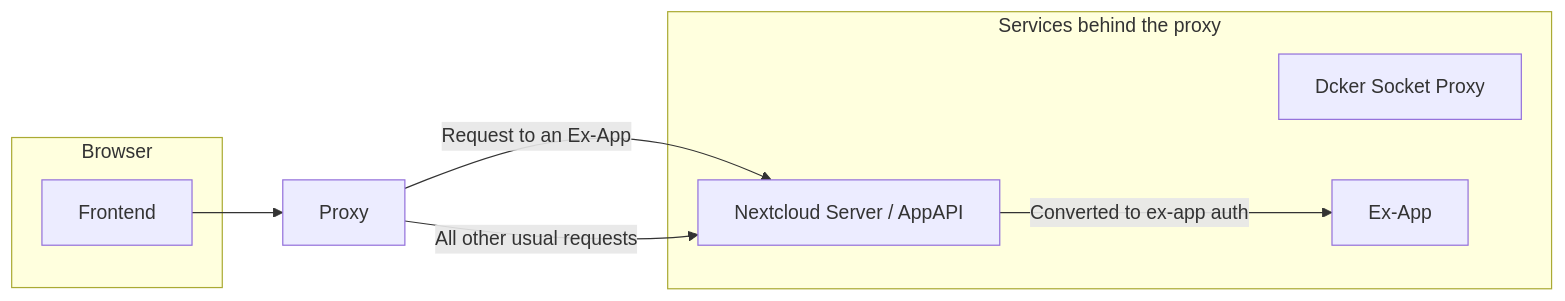
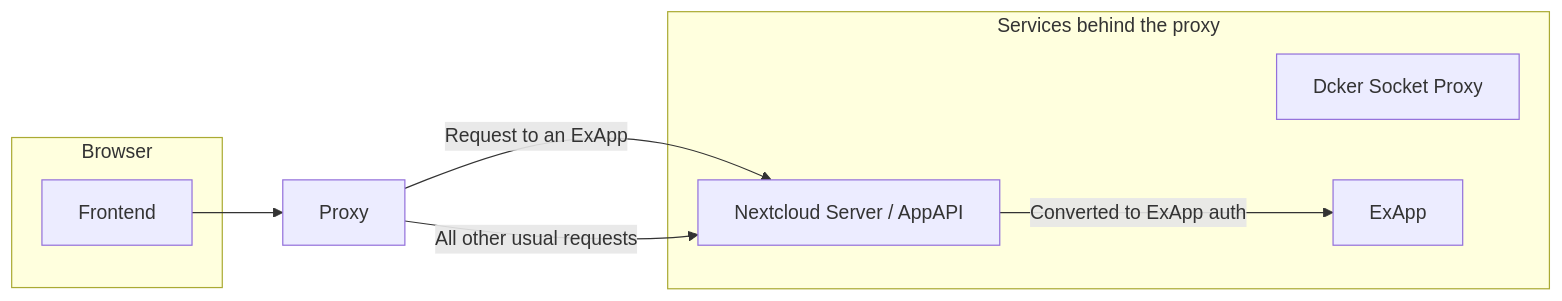
One commit to nextcloud/documentation changed the first of 2 diagrams in admin_manual/exapps_management/AppAPIAndExternalApps.rst. Above: the diagram before and after it, drawn with Mermaid. The commit also changed other lines of this file and 1 other file, not shown here.

Commit message:
fix: Ex-App -> ExApp

```diff
--- a/admin_manual/exapps_management/AppAPIAndExternalApps.rst
+++ b/admin_manual/exapps_management/AppAPIAndExternalApps.rst
@@ -122,18 +122,18 @@
 .. mermaid::
 
 	graph LR;
 		subgraph Browser
 			A[Frontend]
 		end
 
 		B[Proxy]
 
 		subgraph Services behind the proxy
 			C[Dcker Socket Proxy]
-			D[Ex-App]
+			D[ExApp]
 			E[Nextcloud Server / AppAPI]
 		end
 
 		A --> B
-		B -->|Request to an Ex-App| E --Converted to ex-app auth--> D
+		B -->|Request to an ExApp| E --Converted to ExApp auth--> D
 		B -->|All other usual requests| E
```
